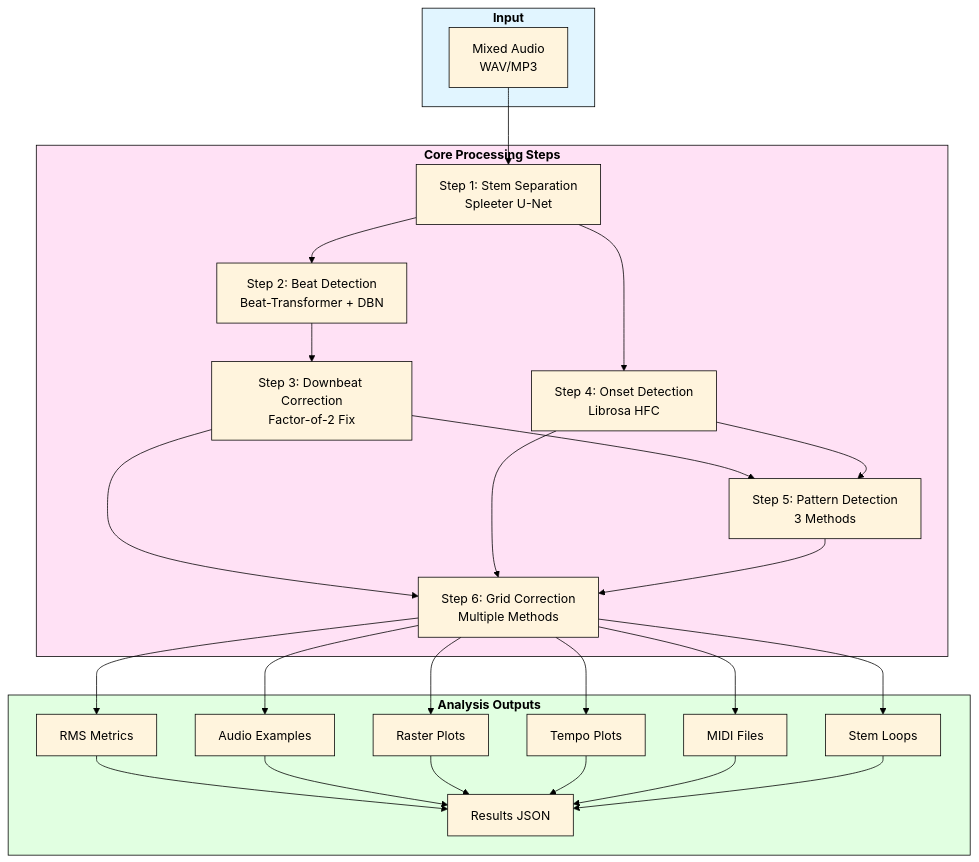
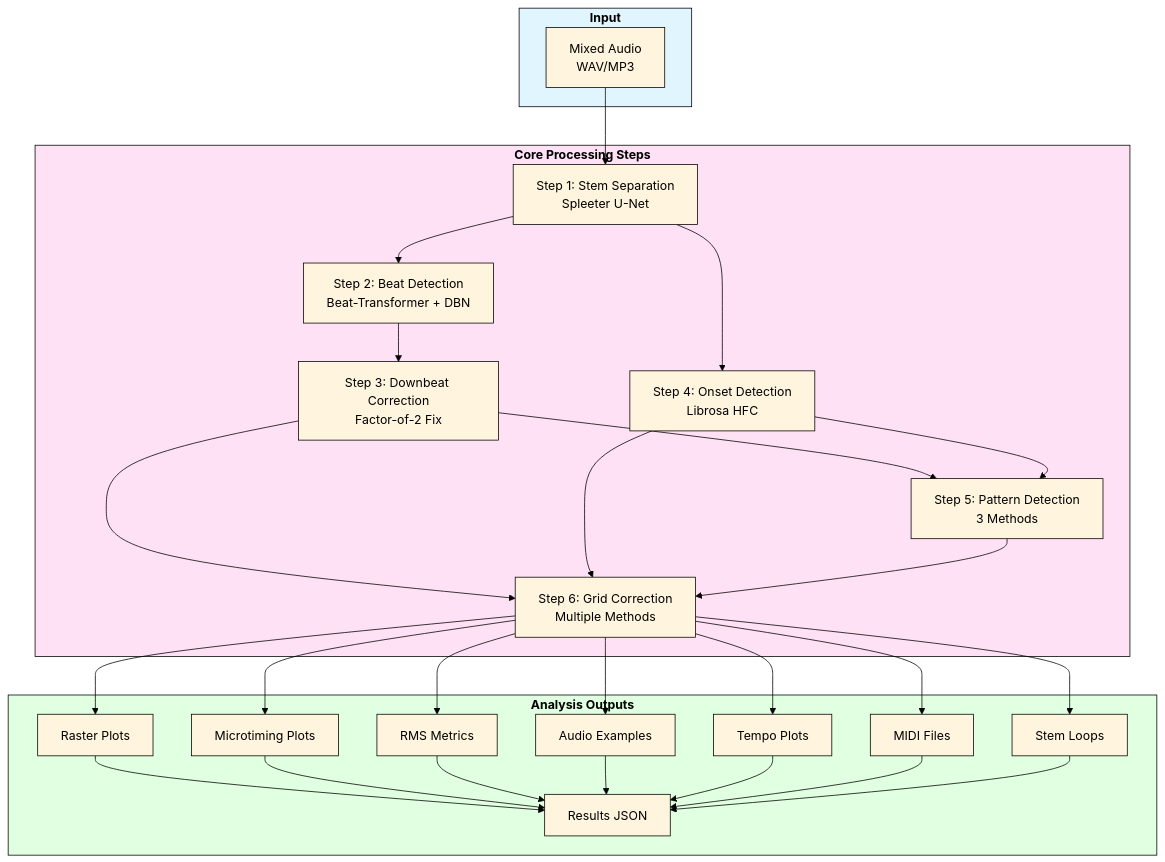
Before and after one commit to SanjaKrause/rhythm_analyser_prototype: the tenth of 11 diagrams in PIPELINE_DIAGRAM.md, drawn with Mermaid. The commit also changed other lines of this file and 11 other files, not shown here.

````diff
--- a/PIPELINE_DIAGRAM.md
+++ b/PIPELINE_DIAGRAM.md
@@ -661,54 +664,57 @@
 ```mermaid
 %%{init: {'theme':'base', 'themeVariables': { 'primaryTextColor':'#000','primaryBorderColor':'#000','lineColor':'#000','clusterBorder':'#000','edgeLabelBackground':'#fff'}}}%%
 graph TB
     subgraph Input["<b>Input</b>"]
         I1[Mixed Audio<br/>WAV/MP3]
     end
 
     subgraph Processing["<b>Core Processing Steps</b>"]
         S1[Step 1: Stem Separation<br/>Spleeter U-Net]
         S2[Step 2: Beat Detection<br/>Beat-Transformer + DBN]
         S3[Step 3: Downbeat Correction<br/>Factor-of-2 Fix]
         S4[Step 4: Onset Detection<br/>Librosa HFC]
         S5[Step 5: Pattern Detection<br/>3 Methods]
         S6[Step 6: Grid Correction<br/>Multiple Methods]
     end
 
     subgraph Outputs["<b>Analysis Outputs</b>"]
-        O1[RMS Metrics]
-        O2[Audio Examples]
-        O3[Raster Plots]
-        O4[Tempo Plots]
-        O5[MIDI Files]
-        O6[Stem Loops]
-        O7[Results JSON]
+        O1[Raster Plots]
+        O2[Microtiming Plots]
+        O3[RMS Metrics]
+        O4[Audio Examples]
+        O5[Tempo Plots]
+        O6[MIDI Files]
+        O7[Stem Loops]
+        O8[Results JSON]
     end
 
     I1 --> S1
     S1 --> S2
     S1 --> S4
     S2 --> S3
     S3 --> S5
     S3 --> S6
     S4 --> S5
     S4 --> S6
     S5 --> S6
 
     S6 --> O1
     S6 --> O2
     S6 --> O3
     S6 --> O4
     S6 --> O5
     S6 --> O6
+    S6 --> O7
 
-    O1 --> O7
-    O2 --> O7
-    O3 --> O7
-    O4 --> O7
-    O5 --> O7
-    O6 --> O7
+    O1 --> O8
+    O2 --> O8
+    O3 --> O8
+    O4 --> O8
+    O5 --> O8
+    O6 --> O8
+    O7 --> O8
 
     style Input fill:#e1f5ff,stroke:#000,color:#000
     style Processing fill:#ffe1f5,stroke:#000,color:#000
     style Outputs fill:#e1ffe1,stroke:#000,color:#000
 ```
````
